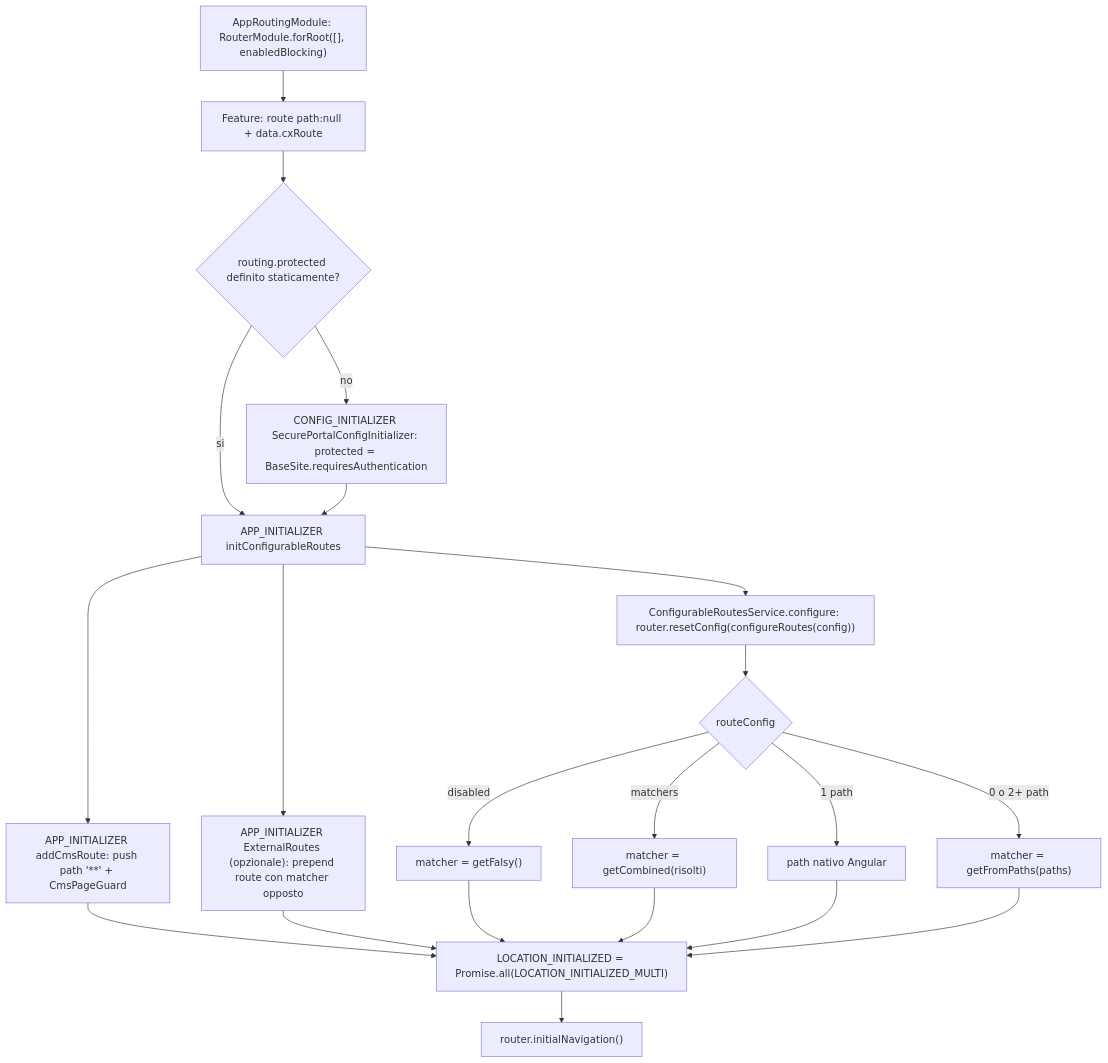
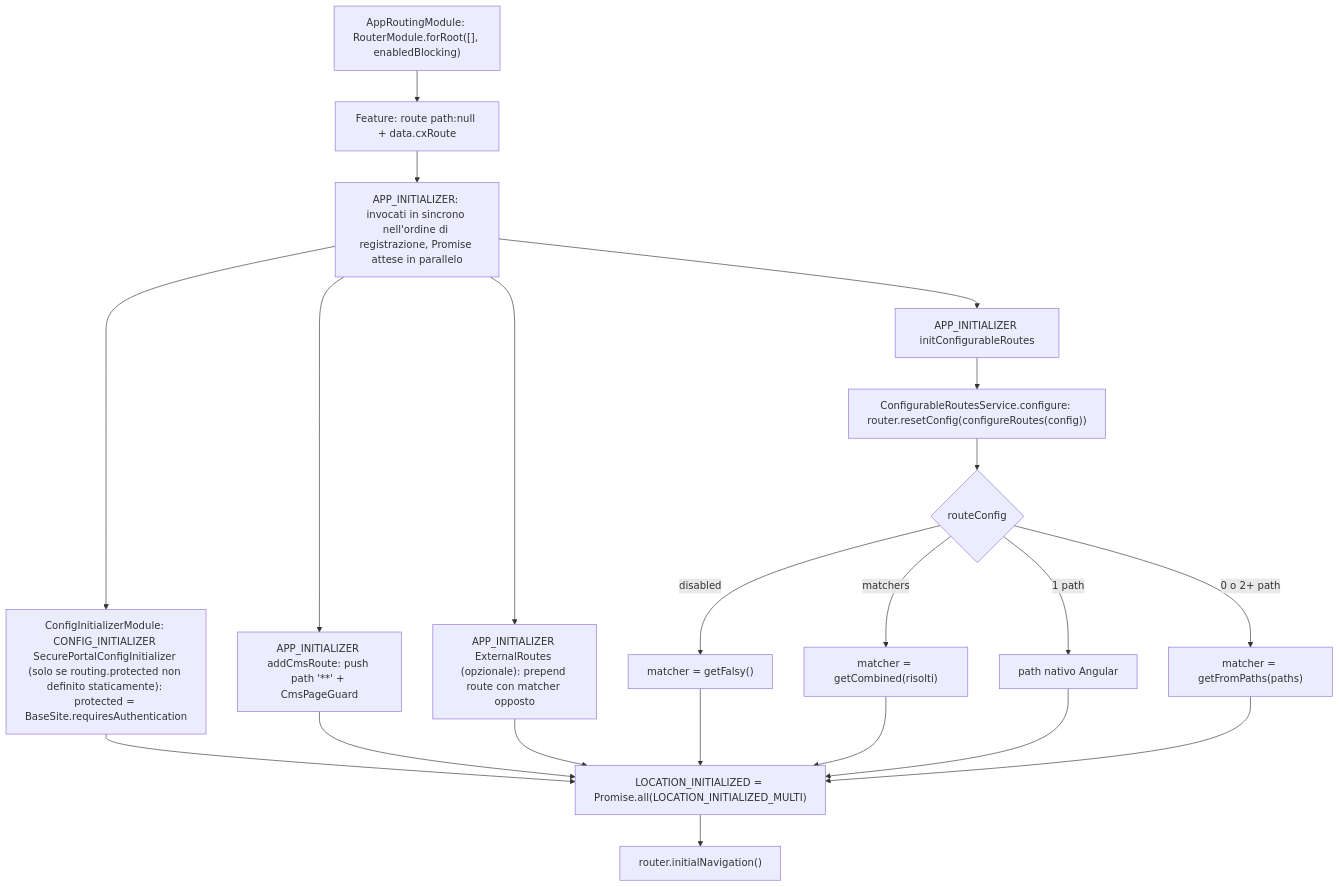
The first of 4 diagrams in docs/spartacus-book/parte-2/14-routing.md (mgiuditta/spartacus), drawn with Mermaid before and after one commit. The commit also changed other lines of this file and 8 other files, not shown here.

````diff
--- a/docs/spartacus-book/parte-2/14-routing.md
+++ b/docs/spartacus-book/parte-2/14-routing.md
@@ -257,23 +257,23 @@
 ```mermaid
 flowchart TD
     A["AppRoutingModule: RouterModule.forRoot([], enabledBlocking)"] --> B["Feature: route path:null + data.cxRoute"]
-    B --> C{"routing.protected definito staticamente?"}
-    C -- "no" --> D["CONFIG_INITIALIZER SecurePortalConfigInitializer: protected = BaseSite.requiresAuthentication"]
-    C -- "si" --> E
-    D --> E["APP_INITIALIZER initConfigurableRoutes"]
+    B --> AI["APP_INITIALIZER: invocati in sincrono nell'ordine di registrazione, Promise attese in parallelo"]
+    AI --> D["ConfigInitializerModule: CONFIG_INITIALIZER SecurePortalConfigInitializer (solo se routing.protected non definito staticamente): protected = BaseSite.requiresAuthentication"]
+    AI --> E["APP_INITIALIZER initConfigurableRoutes"]
     E --> F["ConfigurableRoutesService.configure: router.resetConfig(configureRoutes(config))"]
     F --> G{"routeConfig"}
     G -- "disabled" --> G1["matcher = getFalsy()"]
     G -- "matchers" --> G2["matcher = getCombined(risolti)"]
     G -- "1 path" --> G3["path nativo Angular"]
     G -- "0 o 2+ path" --> G4["matcher = getFromPaths(paths)"]
-    E --> H["APP_INITIALIZER addCmsRoute: push path '**' + CmsPageGuard"]
-    E --> I["APP_INITIALIZER ExternalRoutes (opzionale): prepend route con matcher opposto"]
+    AI --> H["APP_INITIALIZER addCmsRoute: push path '**' + CmsPageGuard"]
+    AI --> I["APP_INITIALIZER ExternalRoutes (opzionale): prepend route con matcher opposto"]
+    D --> J
     H --> J["LOCATION_INITIALIZED = Promise.all(LOCATION_INITIALIZED_MULTI)"]
     I --> J
     G1 --> J
     G2 --> J
     G3 --> J
     G4 --> J
     J --> K["router.initialNavigation()"]
 ```
````
